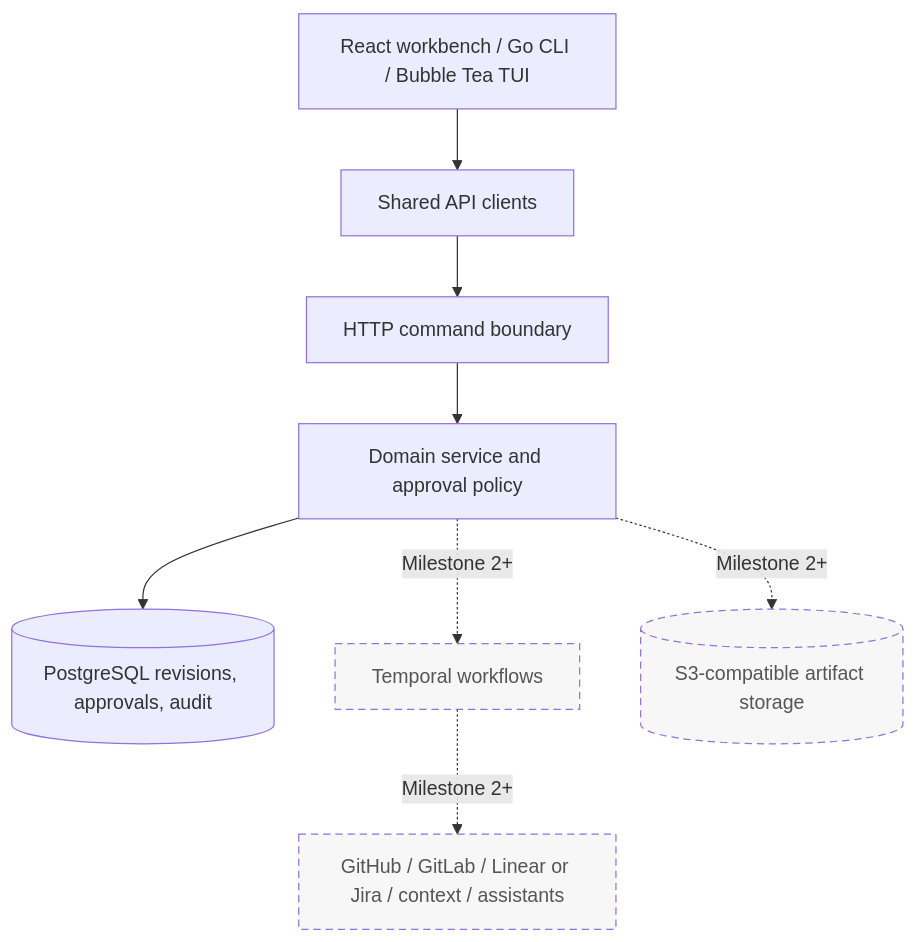
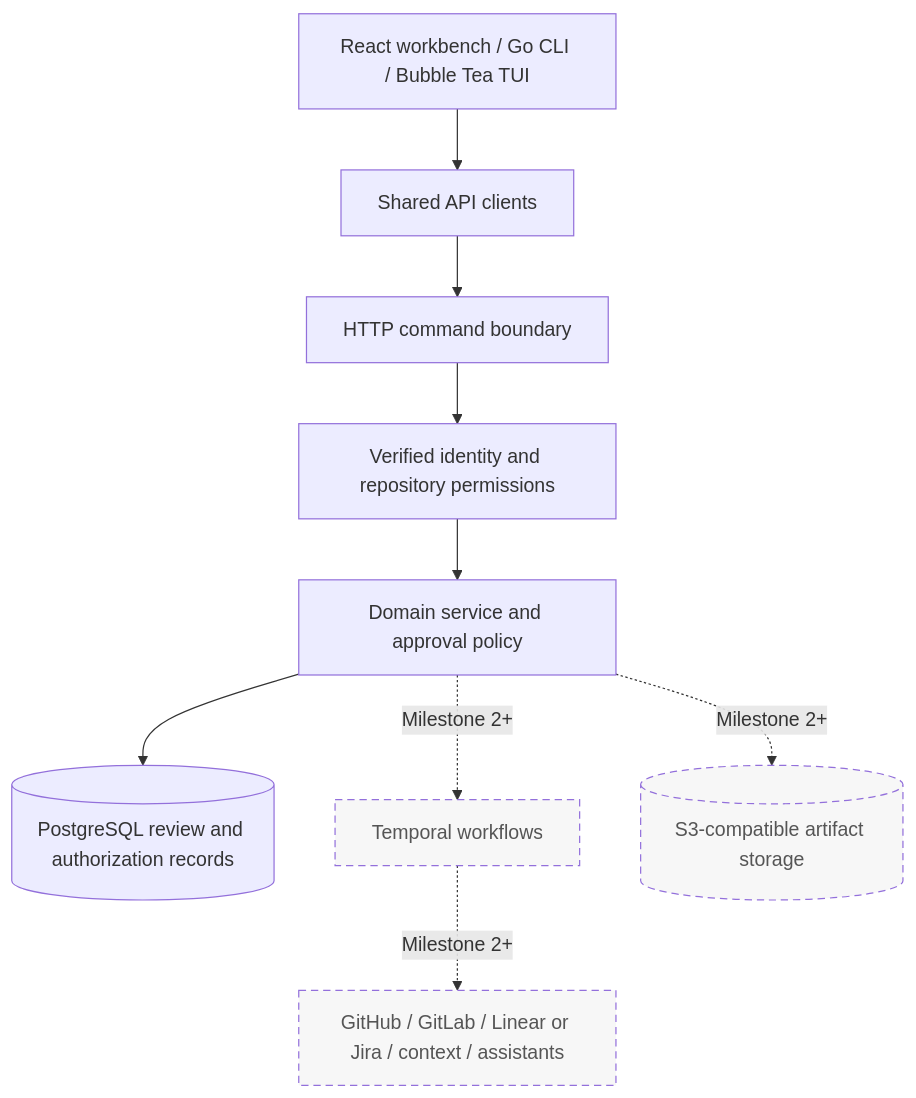
Before and after one commit to phenixrizen/conductor: the second of 4 diagrams in docs/architecture/system.md, drawn with Mermaid. The commit also changed other lines of this file and 15 other files, not shown here.

````diff
--- a/docs/architecture/system.md
+++ b/docs/architecture/system.md
@@ -76,19 +79,20 @@
 ```mermaid
 flowchart TB
     UI[React workbench / Go CLI / Bubble Tea TUI]
     Client[Shared API clients]
     HTTP[HTTP command boundary]
+    Access[Verified identity and repository permissions]
     Domain[Domain service and approval policy]
-    Store[(PostgreSQL revisions, approvals, audit)]
+    Store[(PostgreSQL review and authorization records)]
     Temporal[Temporal workflows]
     Artifacts[(S3-compatible artifact storage)]
     Integrations[GitHub / GitLab / Linear or Jira / context / assistants]
 
-    UI --> Client --> HTTP --> Domain --> Store
+    UI --> Client --> HTTP --> Access --> Domain --> Store
     Domain -. Milestone 2+ .-> Temporal
     Domain -. Milestone 2+ .-> Artifacts
     Temporal -. Milestone 2+ .-> Integrations
 
     classDef planned stroke-dasharray: 6 4,fill:#f7f7f7,color:#555;
     class Temporal,Artifacts,Integrations planned;
 ```
````
